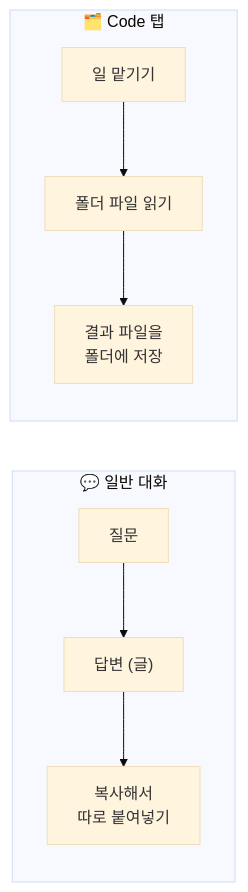
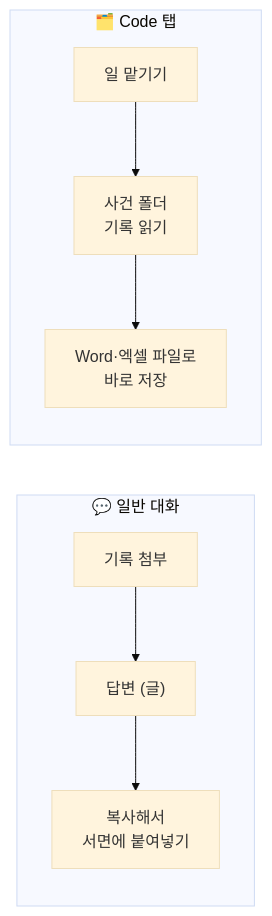
The diagram in 기초/00-Claude-Code란.md (gyuber/claude-basics), drawn with Mermaid (base theme) before and after one commit. The commit also changed other lines of this file and 32 other files, not shown here.

````diff
--- a/기초/00-Claude-Code란.md
+++ b/기초/00-Claude-Code란.md
@@ -19,9 +19,9 @@
 ```mermaid
 flowchart LR
   subgraph Chat["💬 일반 대화"]
-    A1["질문"] --> A2["답변 (글)"] --> A3["복사해서<br/>따로 붙여넣기"]
+    A1["기록 첨부"] --> A2["답변 (글)"] --> A3["복사해서<br/>서면에 붙여넣기"]
   end
   subgraph Code["🗂️ Code 탭"]
-    B1["일 맡기기"] --> B2["폴더 파일 읽기"] --> B3["결과 파일을<br/>폴더에 저장"]
+    B1["일 맡기기"] --> B2["사건 폴더<br/>기록 읽기"] --> B3["Word·엑셀 파일로<br/>바로 저장"]
   end
 ```
````
